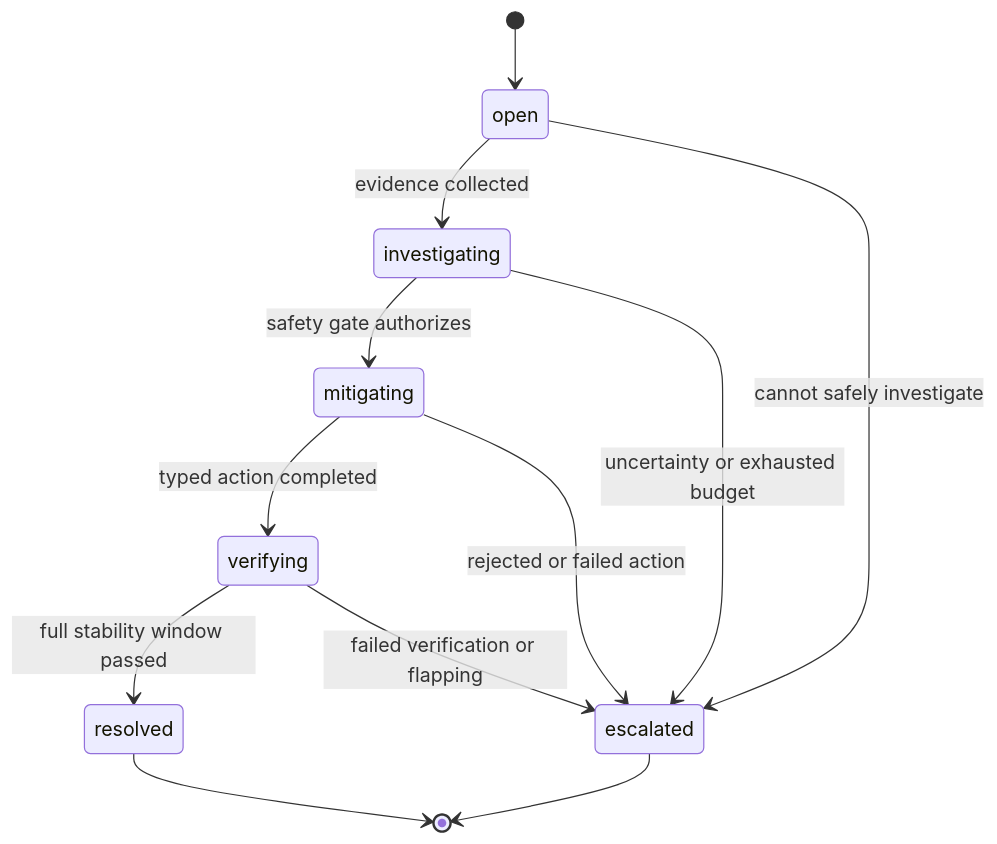
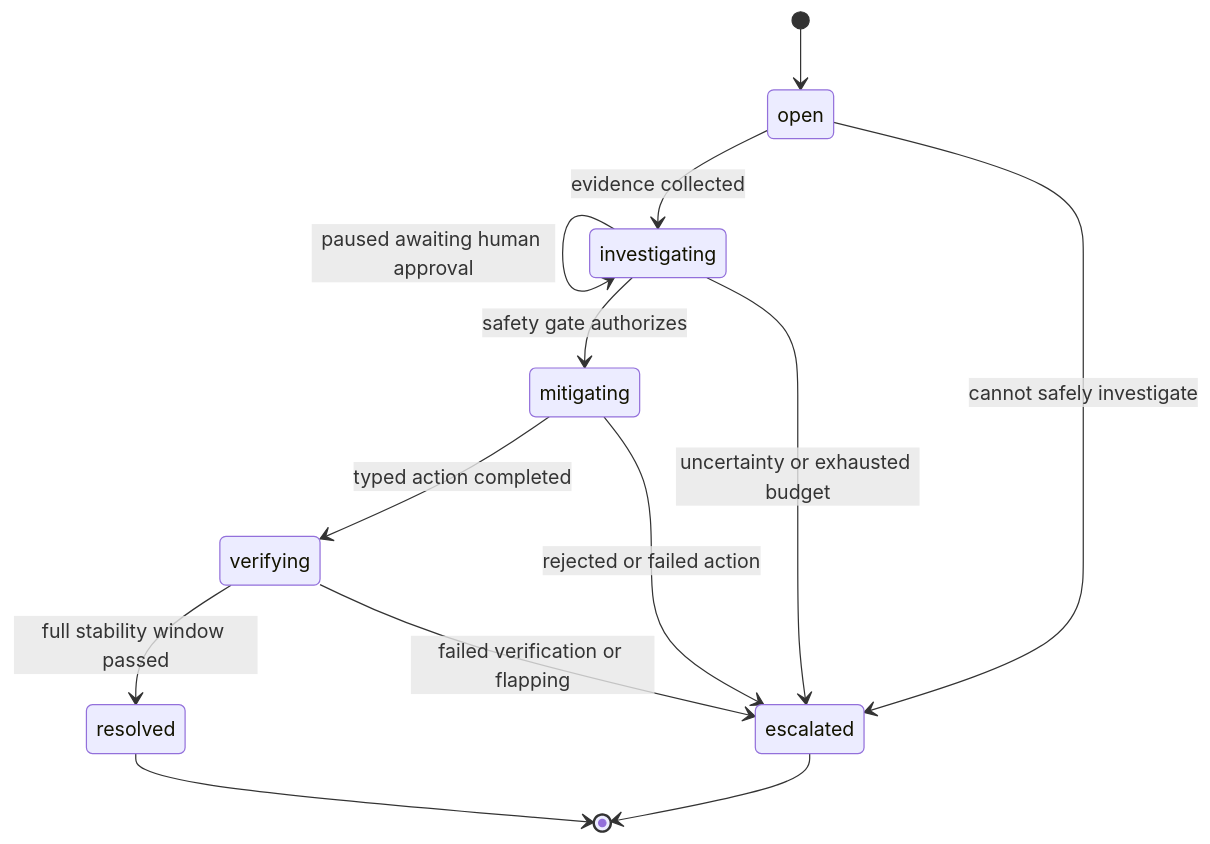
Before and after one commit to avirooppal/Slime: the diagram in docs/incident-states.mmd, drawn with Mermaid. The commit also changed 120 other files, not shown here.

```diff
--- a/docs/incident-states.mmd
+++ b/docs/incident-states.mmd
@@ -1,12 +1,13 @@
 stateDiagram-v2
     [*] --> open
     open --> investigating: evidence collected
+    investigating --> investigating: paused awaiting human approval
     investigating --> mitigating: safety gate authorizes
     mitigating --> verifying: typed action completed
     verifying --> resolved: full stability window passed
     open --> escalated: cannot safely investigate
     investigating --> escalated: uncertainty or exhausted budget
     mitigating --> escalated: rejected or failed action
     verifying --> escalated: failed verification or flapping
     resolved --> [*]
     escalated --> [*]
```
